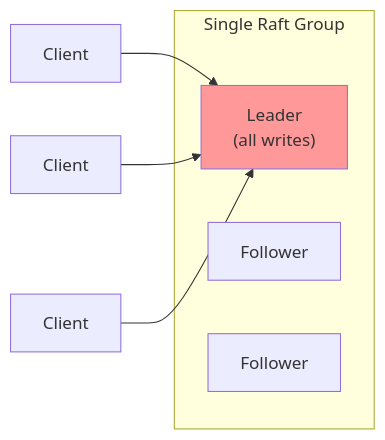
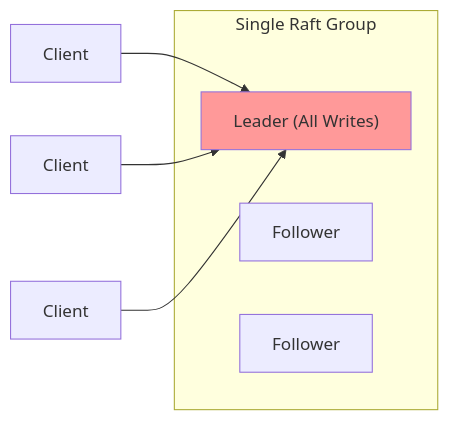
The first of 4 diagrams in docs/book/21-multi-raft-groups.md (bmscomp/raft), drawn with Mermaid before and after one commit. The commit also changed other lines of this file and 38 other files, not shown here.

First line of the commit message:
docs: replace ASCII art with Mermaid diagrams across book and tutorials

````diff
--- a/docs/book/21-multi-raft-groups.md
+++ b/docs/book/21-multi-raft-groups.md
@@ -11,14 +11,14 @@
 ```mermaid
 flowchart LR
     subgraph Single["Single Raft Group"]
-        L["Leader\n(all writes)"]
+        L["Leader (All Writes)"]
         F1["Follower"]
         F2["Follower"]
     end
 
     C1["Client"] --> L
     C2["Client"] --> L
     C3["Client"] --> L
 
     style L fill:#ff9999
 ```
````
